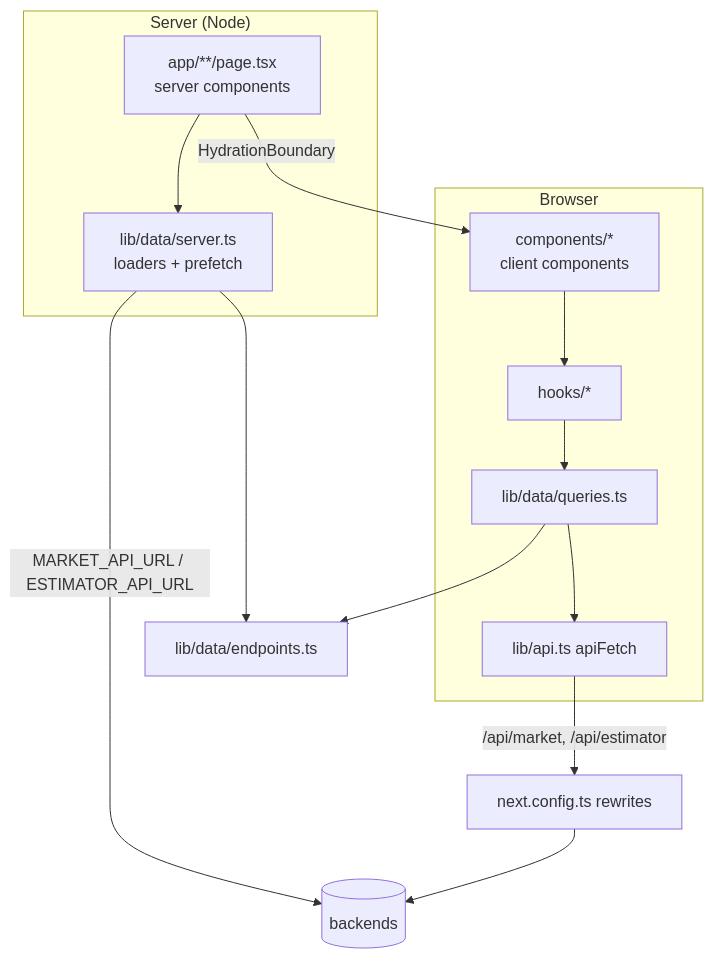
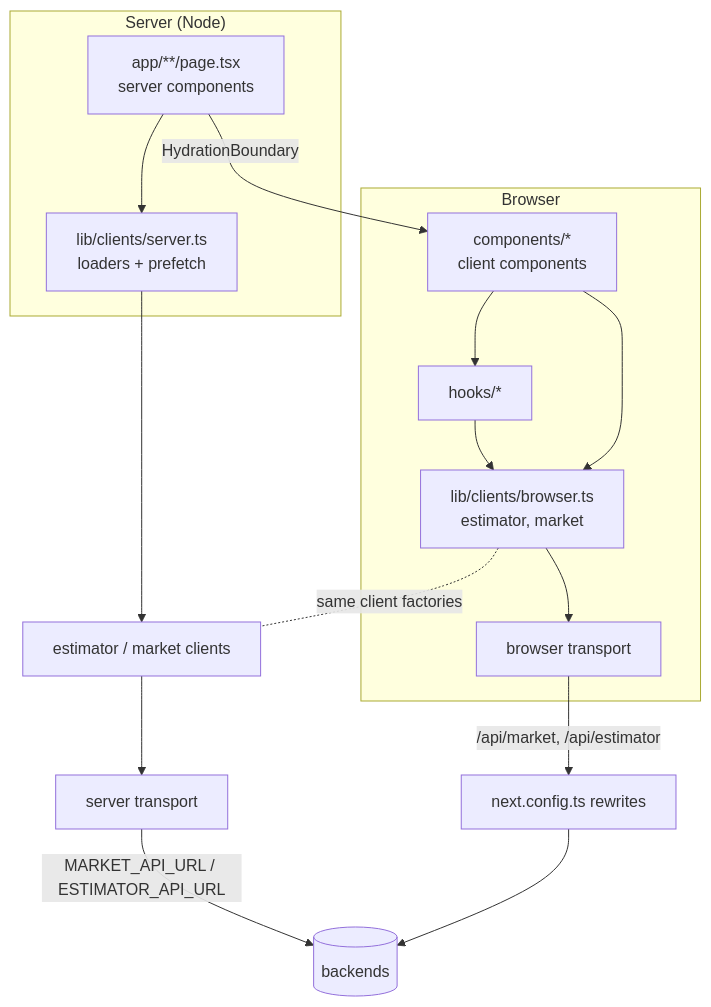
Before and after one commit to Ekhrapykin/housing-prediction-portal: the first of 3 diagrams in web/ARCHITECTURE.md, drawn with Mermaid. The commit also changed other lines of this file and 44 other files, not shown here.

First line of the commit message:
Restructure web data access into one client per backend

````diff
--- a/web/ARCHITECTURE.md
+++ b/web/ARCHITECTURE.md
@@ -5,16 +5,18 @@
 ```mermaid
 flowchart TB
   subgraph Server["Server (Node)"]
-    P[app/**/page.tsx<br/>server components] --> SV[lib/data/server.ts<br/>loaders + prefetch]
+    P[app/**/page.tsx<br/>server components] --> SV[lib/clients/server.ts<br/>loaders + prefetch]
   end
   subgraph Browser
     CC[components/*<br/>client components] --> H[hooks/*]
-    H --> Q[lib/data/queries.ts]
-    Q --> A[lib/api.ts apiFetch]
+    H --> BC[lib/clients/browser.ts<br/>estimator, market]
+    CC --> BC
+    BC --> BT[browser transport]
   end
-  SV --> E[lib/data/endpoints.ts]
-  Q --> E
-  SV -->|MARKET_API_URL / ESTIMATOR_API_URL| B[(backends)]
-  A -->|/api/market, /api/estimator| RW[next.config.ts rewrites] --> B
+  SV --> SC[estimator / market clients]
+  SC --> ST[server transport]
+  BC -.same client factories.- SC
+  ST -->|MARKET_API_URL / ESTIMATOR_API_URL| B[(backends)]
+  BT -->|/api/market, /api/estimator| RW[next.config.ts rewrites] --> B
   P -->|HydrationBoundary| CC
 ```
````
